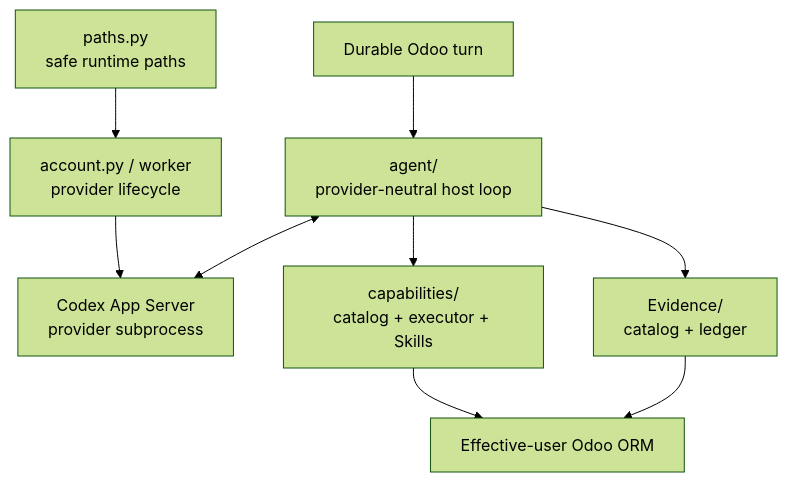
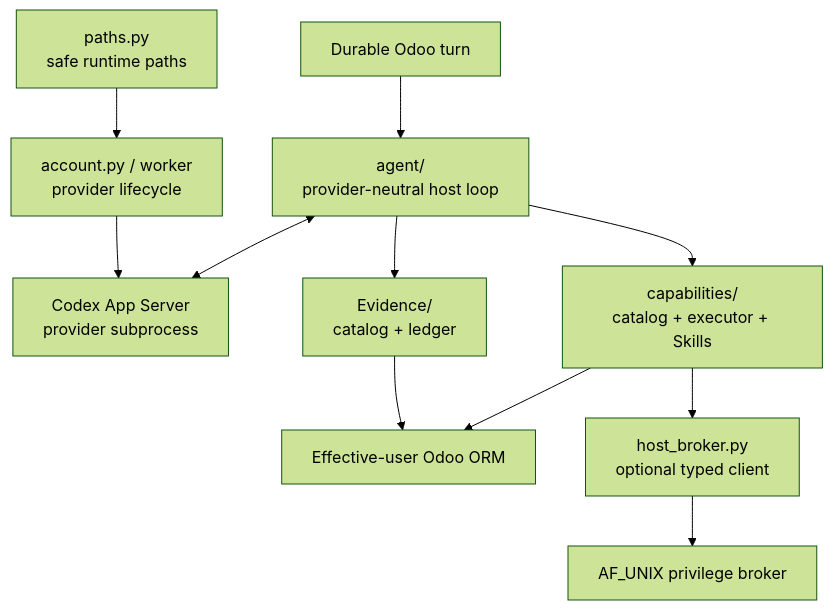
The diagram in addons/odoo_ai_assistant/runtime/README.md (CPX-001/ai-odoo-assistant), drawn with Mermaid (forest theme) before and after one commit. The commit also changed other lines of this file, not shown here.

````diff
--- a/addons/odoo_ai_assistant/runtime/README.md
+++ b/addons/odoo_ai_assistant/runtime/README.md
@@ -5,11 +5,13 @@
 ```mermaid
 flowchart TB
     TURN[Durable Odoo turn] --> AG[agent/<br/>provider-neutral host loop]
     AG <--> CX[Codex App Server<br/>provider subprocess]
     AG --> CAT[capabilities/<br/>catalog + executor + Skills]
     AG --> EVD[Evidence/<br/>catalog + ledger]
     CAT --> ORM[Effective-user Odoo ORM]
     EVD --> ORM
+    CAT --> HB[host_broker.py<br/>optional typed client]
+    HB --> PB[AF_UNIX privilege broker]
     ACCT[account.py / worker<br/>provider lifecycle] --> CX
     PATH[paths.py<br/>safe runtime paths] --> ACCT
 ```
````
